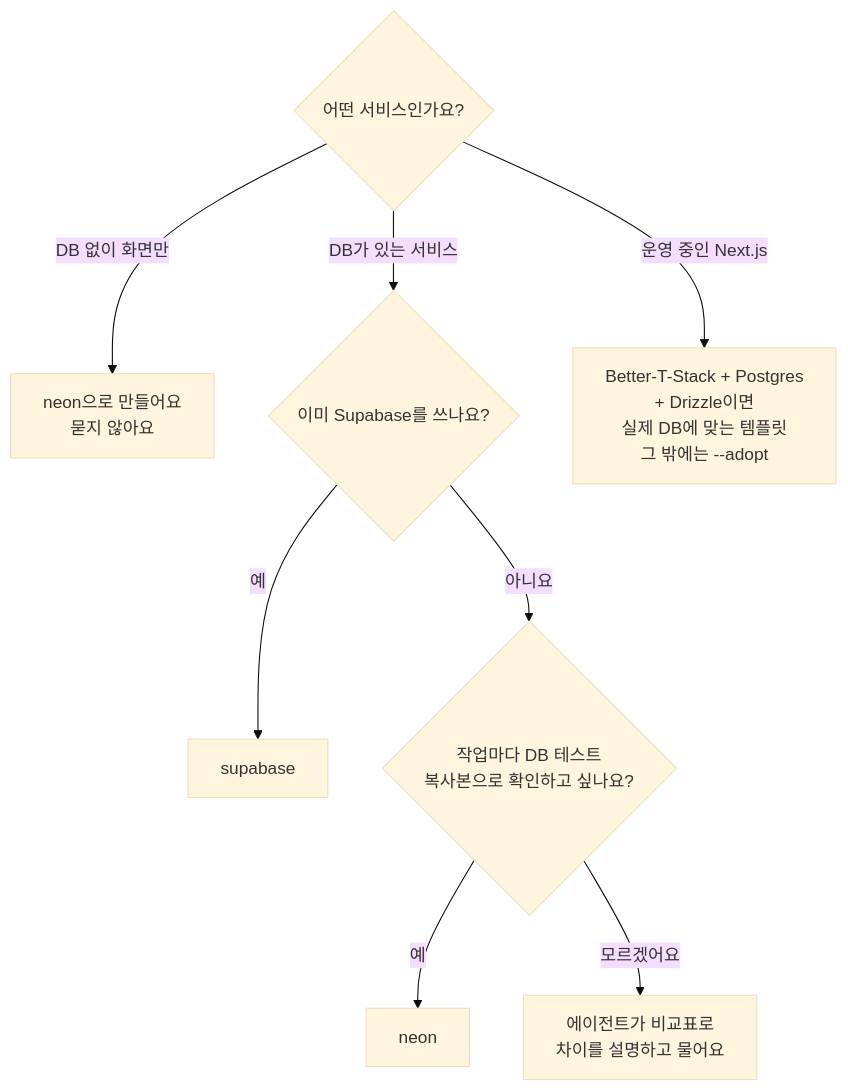
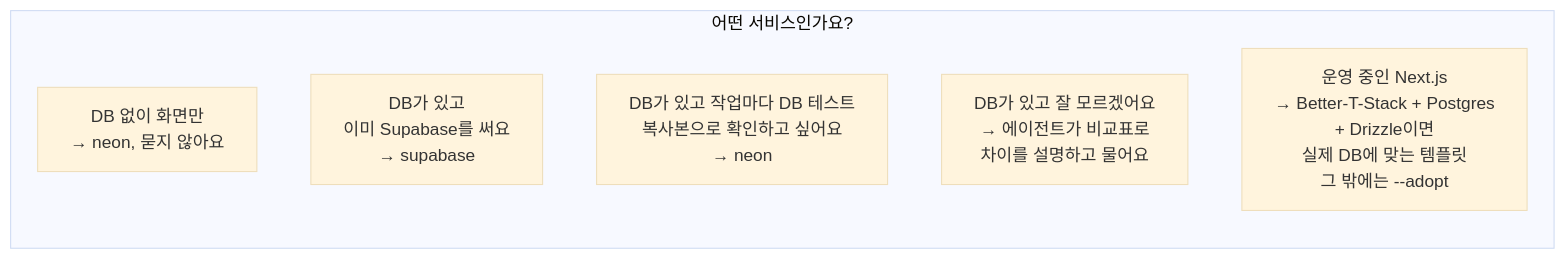
One commit to roadkwon-ai/pro-kit changed the second of 2 diagrams in handbook/templates/choose.md. Above: the diagram before and after it, drawn with Mermaid (base theme). The commit also changed other lines of this file and 26 other files, not shown here.

````diff
--- a/handbook/templates/choose.md
+++ b/handbook/templates/choose.md
@@ -43,15 +44,17 @@
 ```mermaid
 ---
 config:
   flowchart:
-    wrappingWidth: 200
+    wrappingWidth: 240
+    rankSpacing: 25
 ---
-flowchart TD
-  Q{"어떤 서비스인가요?"} -->|"DB 없이 화면만"| N0["neon으로 만들어요<br/>묻지 않아요"]
-  Q -->|"DB가 있는 서비스"| D{"이미 Supabase를 쓰나요?"}
-  D -->|"예"| SU["supabase"]
-  D -->|"아니요"| C{"작업마다 DB 테스트<br/>복사본으로 확인하고 싶나요?"}
-  C -->|"예"| NE["neon"]
-  C -->|"모르겠어요"| ASK["에이전트가 비교표로<br/>차이를 설명하고 물어요"]
-  Q -->|"운영 중인 Next.js"| OP["Better-T-Stack + Postgres<br/>+ Drizzle이면<br/>실제 DB에 맞는 템플릿<br/>그 밖에는 --adopt"]
+flowchart TB
+  subgraph Q["어떤 서비스인가요?"]
+    N0["DB 없이 화면만<br/>→ neon, 묻지 않아요"]
+    SU["DB가 있고<br/>이미 Supabase를 써요<br/>→ supabase"]
+    NE["DB가 있고 작업마다 DB 테스트<br/>복사본으로 확인하고 싶어요<br/>→ neon"]
+    ASK["DB가 있고 잘 모르겠어요<br/>→ 에이전트가 비교표로<br/>차이를 설명하고 물어요"]
+    OP["운영 중인 Next.js<br/>→ Better-T-Stack + Postgres<br/>+ Drizzle이면<br/>실제 DB에 맞는 템플릿<br/>그 밖에는 --adopt"]
+    N0 ~~~ SU ~~~ NE ~~~ ASK ~~~ OP
+  end
 ```
````
